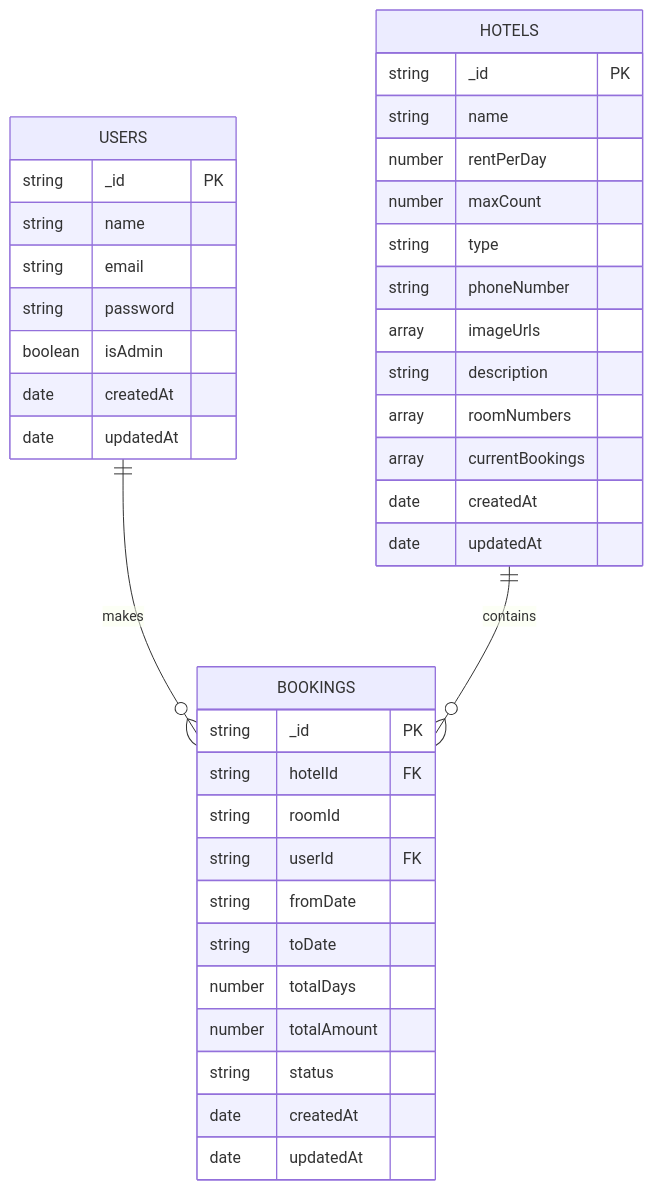
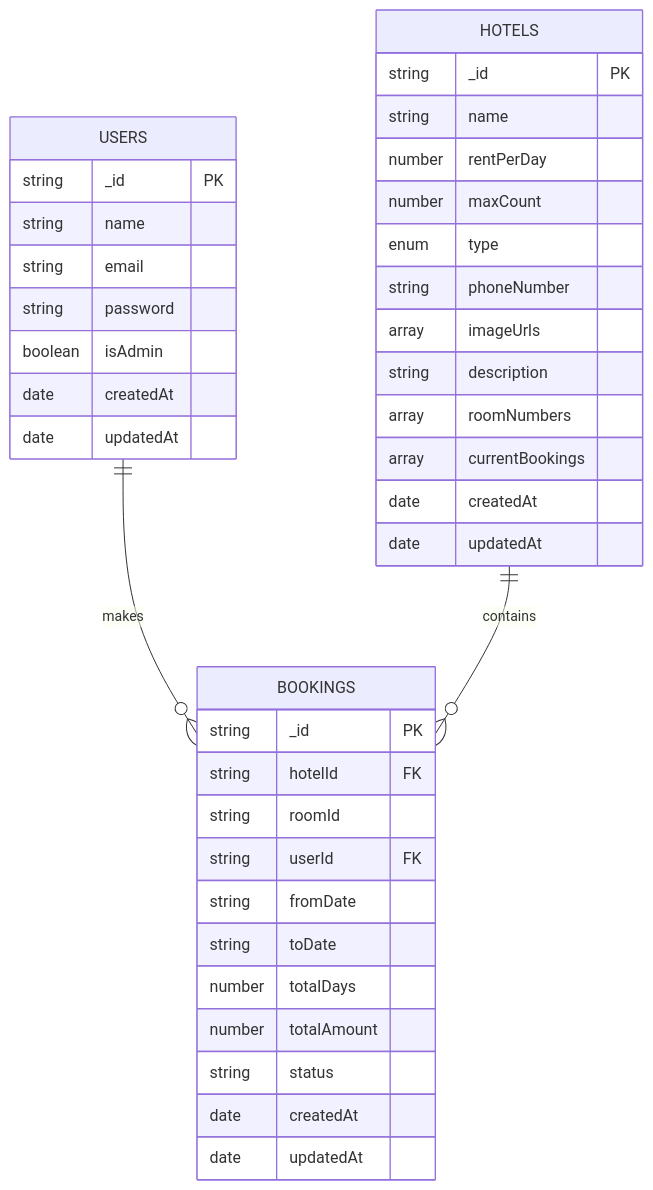
One commit to Khush-GKMIT/Hotel-Management-System-Docs changed the diagram in docs/Data-Modelling.md. Above: the diagram before and after it, drawn with Mermaid. The commit also changed other lines of this file and 13 other files, not shown here.

````diff
--- a/docs/Data-Modelling.md
+++ b/docs/Data-Modelling.md
@@ -9,44 +9,44 @@
 ```mermaid
 erDiagram
     USERS ||--o{ BOOKINGS : "makes"
     HOTELS ||--o{ BOOKINGS : "contains"
 
     USERS {
         string _id PK
         string name
         string email
         string password
         boolean isAdmin
         date createdAt
         date updatedAt
     }
 
     HOTELS {
         string _id PK
         string name
         number rentPerDay
         number maxCount
-        string type
+        enum type
         string phoneNumber
         array imageUrls
         string description
         array roomNumbers
         array currentBookings
         date createdAt
         date updatedAt
     }
 
     BOOKINGS {
         string _id PK
         string hotelId FK
         string roomId
         string userId FK
         string fromDate
         string toDate
         number totalDays
         number totalAmount
         string status
         date createdAt
         date updatedAt
     }
 ```
````
